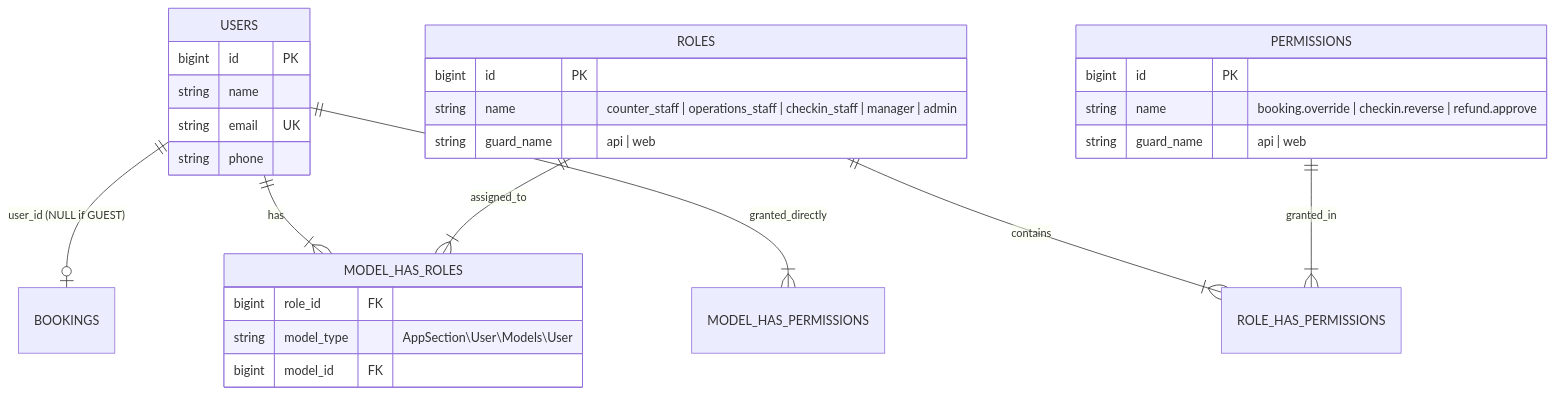
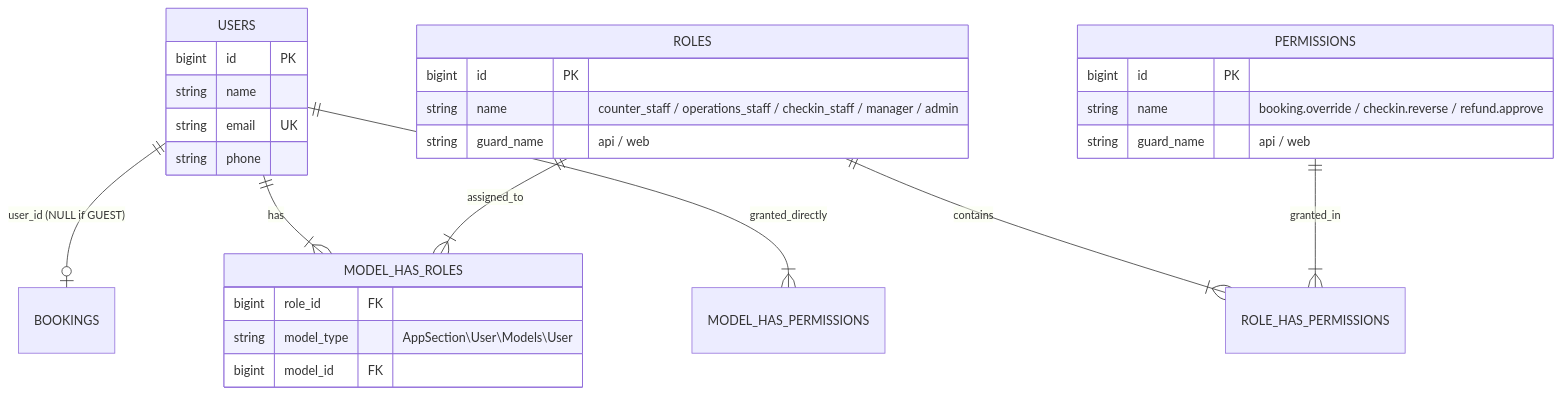
Before and after one commit to tomone2kd000-ux/superdong-booking-system: the second of 2 diagrams in content/docs/chuong-00-tong-quan-nghiep-vu-kien-truc/02-strategic-domain-va-bounded-contexts.mdx, drawn with Mermaid. The commit also changed 17 other files, not shown here.

Commit message:
fix: resolve Mermaid erDiagram syntax warnings across all MDX files

````diff
--- a/content/docs/chuong-00-tong-quan-nghiep-vu-kien-truc/02-strategic-domain-va-bounded-contexts.mdx
+++ b/content/docs/chuong-00-tong-quan-nghiep-vu-kien-truc/02-strategic-domain-va-bounded-contexts.mdx
@@ -88,34 +88,34 @@
 ```mermaid
 erDiagram
     USERS ||--o| BOOKINGS : "user_id (NULL if GUEST)"
     USERS ||--|{ MODEL_HAS_ROLES : has
     ROLES ||--|{ MODEL_HAS_ROLES : assigned_to
     ROLES ||--|{ ROLE_HAS_PERMISSIONS : contains
     PERMISSIONS ||--|{ ROLE_HAS_PERMISSIONS : granted_in
     USERS ||--|{ MODEL_HAS_PERMISSIONS : granted_directly
 
     USERS {
         bigint id PK
         string name
         string email UK
         string phone
     }
 
     ROLES {
         bigint id PK
-        string name "counter_staff | operations_staff | checkin_staff | manager | admin"
-        string guard_name "api | web"
+        string name "counter_staff / operations_staff / checkin_staff / manager / admin"
+        string guard_name "api / web"
     }
 
     PERMISSIONS {
         bigint id PK
-        string name "booking.override | checkin.reverse | refund.approve"
-        string guard_name "api | web"
+        string name "booking.override / checkin.reverse / refund.approve"
+        string guard_name "api / web"
     }
 
     MODEL_HAS_ROLES {
         bigint role_id FK
         string model_type "AppSection\\User\\Models\\User"
         bigint model_id FK
     }
 ```
````
